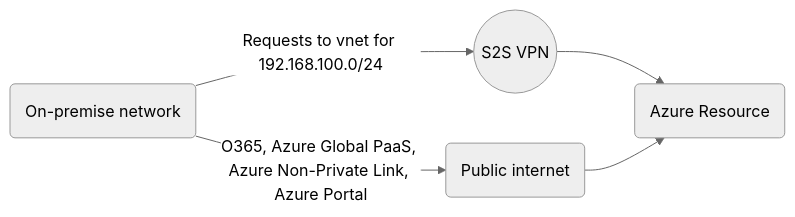
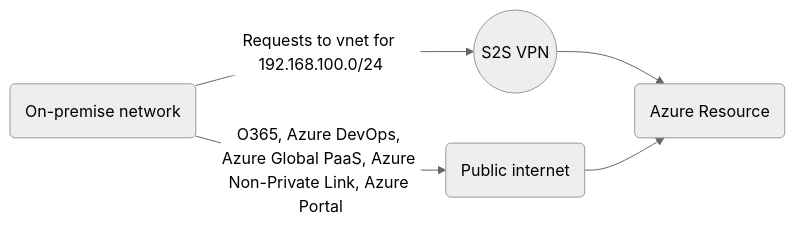
Before and after one commit to bigtoga/Examples: the first of 4 diagrams in Cloud - Azure/Azure Virtual Networks/ExpressRoute and S2S VPN.md, drawn with Mermaid (neutral theme). The commit also changed other lines of this file, not shown here.

````diff
--- a/Cloud - Azure/Azure Virtual Networks/ExpressRoute and S2S VPN.md
+++ b/Cloud - Azure/Azure Virtual Networks/ExpressRoute and S2S VPN.md
@@ -64,7 +64,7 @@
 ```mermaid
 graph LR
     A(On-premise network) -- Requests to vnet for 192.168.100.0/24 --> B((S2S VPN))
     B --> C(Azure Resource)
-    A -- O365, Azure Global PaaS, Azure Non-Private Link, Azure Portal --> E(Public internet)
+    A -- O365, Azure DevOps, Azure Global PaaS, Azure Non-Private Link, Azure Portal --> E(Public internet)
     E --> C
 ```    
````
